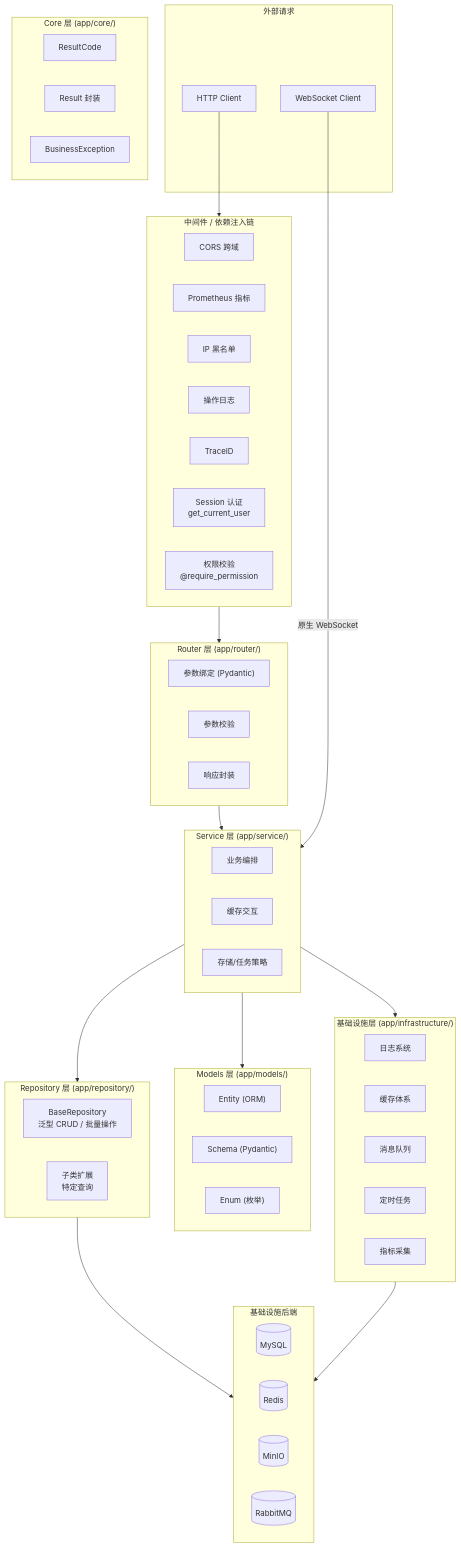
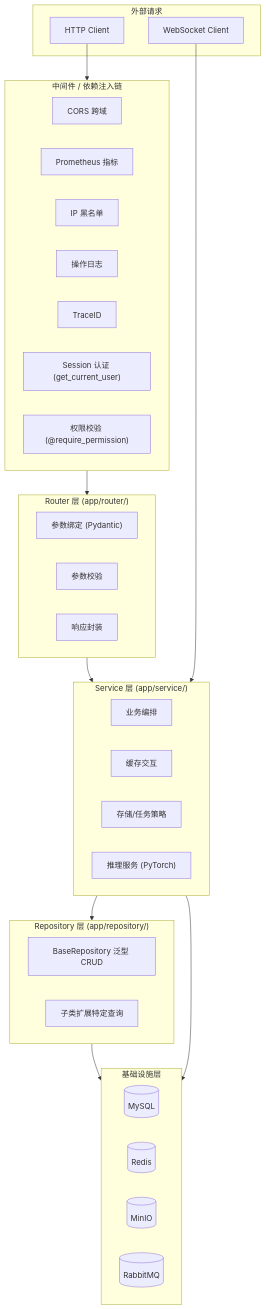
Before and after one commit to earthy-zinc/dehaze-system: the first of 10 diagrams in dehaze-doc/docs/04-项目实现/后端/03-Python算法服务架构文档.md, drawn with Mermaid. The commit also changed other lines of this file and 755 other files, not shown here.

````diff
--- a/dehaze-doc/docs/04-项目实现/后端/03-Python算法服务架构文档.md
+++ b/dehaze-doc/docs/04-项目实现/后端/03-Python算法服务架构文档.md
@@ -217,74 +9,51 @@
 ```mermaid
 flowchart TB
     subgraph External["外部请求"]
         Client["HTTP Client"]
         WS["WebSocket Client"]
     end
 
     subgraph Middleware["中间件 / 依赖注入链"]
         direction LR
         CORS["CORS 跨域"]
         Prometheus["Prometheus 指标"]
         IPBlacklist["IP 黑名单"]
         OpLog["操作日志"]
         Trace["TraceID"]
-        SessionAuth["Session 认证<br/>get_current_user"]
-        Permission["权限校验<br/>@require_permission"]
+        SessionAuth["Session 认证 (get_current_user)"]
+        Permission["权限校验 (@require_permission)"]
     end
 
     subgraph Router["Router 层 (app/router/)"]
         direction LR
         R1["参数绑定 (Pydantic)"]
         R2["参数校验"]
         R3["响应封装"]
     end
 
     subgraph Service["Service 层 (app/service/)"]
         direction LR
         S1["业务编排"]
         S2["缓存交互"]
         S3["存储/任务策略"]
+        S4["推理服务 (PyTorch)"]
     end
 
     subgraph Repository["Repository 层 (app/repository/)"]
         direction LR
-        Repo1["BaseRepository<br/>泛型 CRUD / 批量操作"]
-        Repo2["子类扩展<br/>特定查询"]
+        Repo1["BaseRepository 泛型 CRUD"]
+        Repo2["子类扩展特定查询"]
     end
 
-    subgraph Models["Models 层 (app/models/)"]
-        direction LR
-        Entity["Entity (ORM)"]
-        Schema["Schema (Pydantic)"]
-        Enum["Enum (枚举)"]
-    end
-
-    subgraph Core["Core 层 (app/core/)"]
-        direction LR
-        Code["ResultCode"]
-        Result["Result 封装"]
-        Exc["BusinessException"]
-    end
-
-    subgraph Infra["基础设施层 (app/infrastructure/)"]
-        direction LR
-        Logging["日志系统"]
-        Cache["缓存体系"]
-        MQ["消息队列"]
-        Job["定时任务"]
-        Metrics["指标采集"]
-    end
-
-    subgraph InfraBackend["基础设施后端"]
+    subgraph Infra["基础设施层"]
         direction LR
         MySQL[("MySQL")]
         Redis[("Redis")]
         MinIO[("MinIO")]
         RabbitMQ[("RabbitMQ")]
     end
 
     Client --> Middleware --> Router --> Service --> Repository --> MySQL
-    Service --> Models
-    Service --> Infra --> InfraBackend
-    WS -->|"原生 WebSocket"| Service
+    Service --> Infra
+    WS --> Service
 ```
````
